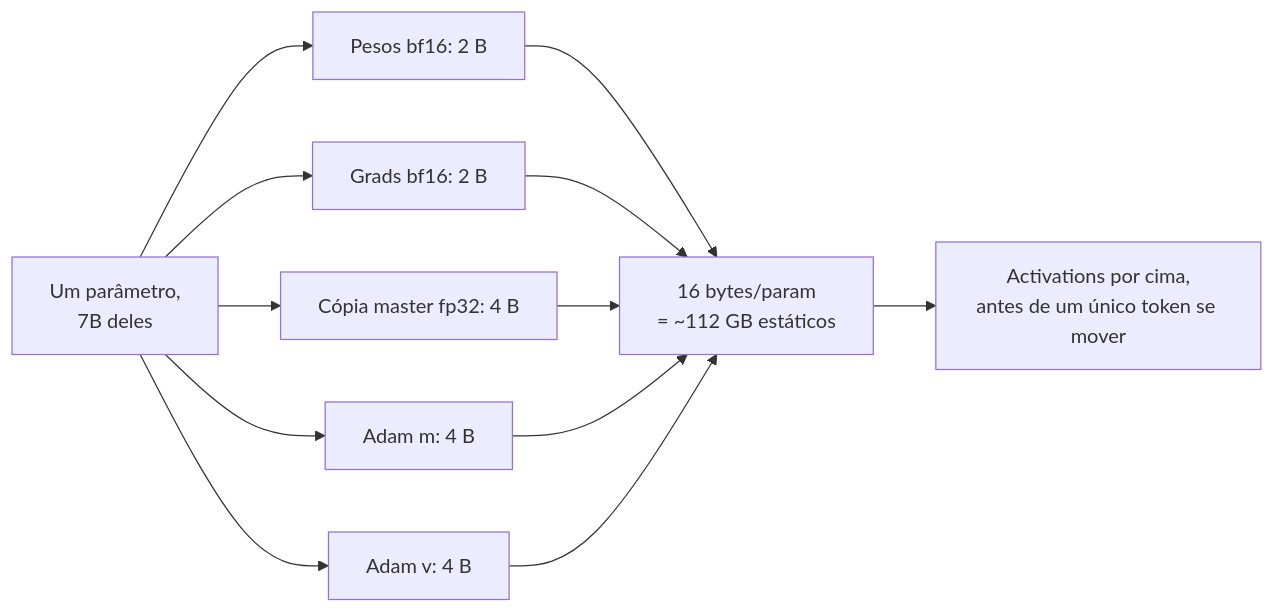
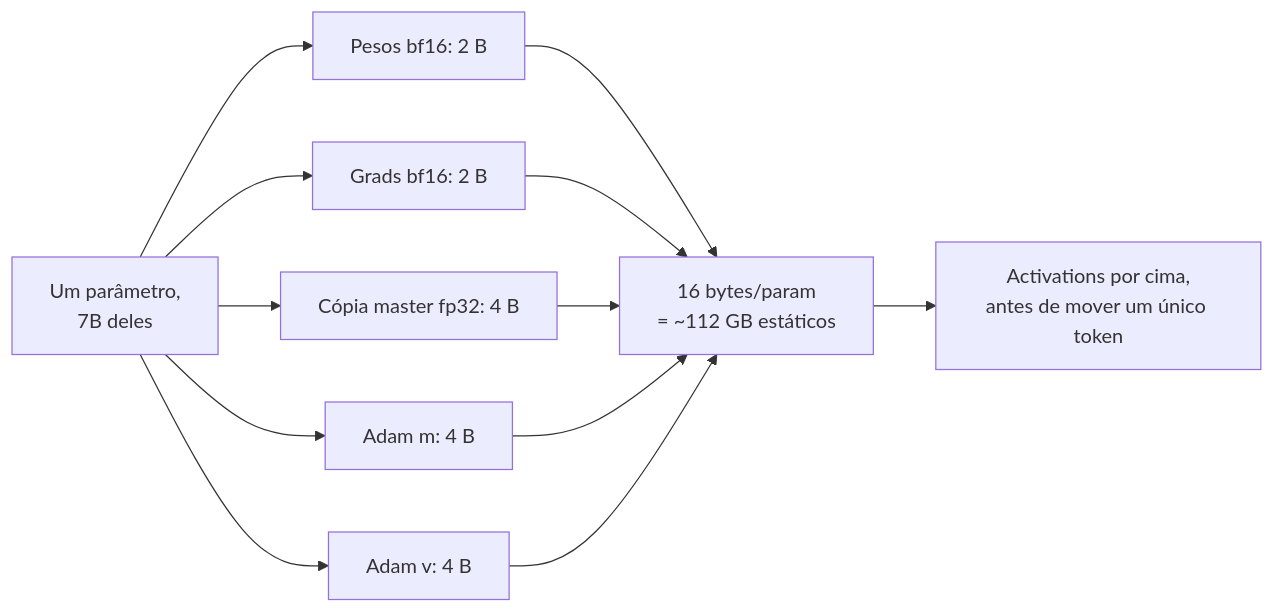
One commit to andrevberaldo/AI-Engineer-Interview-Questions changed diagram 18 of 29 in 05-fine-tuning-and-alignment/questions.pt-BR.md. Above: the diagram before and after it, drawn with Mermaid. The commit also changed other lines of this file and 1 other file, not shown here.

````diff
--- a/05-fine-tuning-and-alignment/questions.pt-BR.md
+++ b/05-fine-tuning-and-alignment/questions.pt-BR.md
@@ -800,14 +800,14 @@
 ```mermaid
 flowchart LR
     A["Um parâmetro,<br/>7B deles"] --> B["Pesos bf16: 2 B"]
     A --> C["Grads bf16: 2 B"]
     A --> D["Cópia master fp32: 4 B"]
     A --> E["Adam m: 4 B"]
     A --> F["Adam v: 4 B"]
     B --> G["16 bytes/param<br/>= ~112 GB estáticos"]
     C --> G
     D --> G
     E --> G
     F --> G
-    G --> H["Activations por cima,<br/>antes de um único token se mover"]
+    G --> H["Activations por cima,<br/>antes de mover um único token"]
 ```
````
